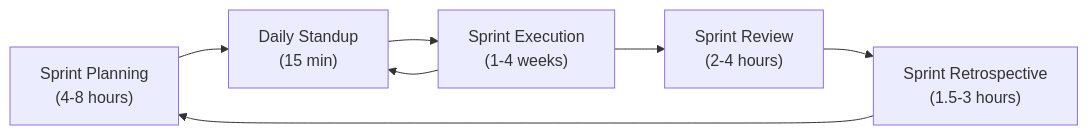
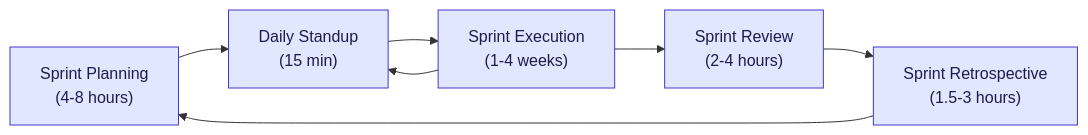
One commit to ghanendra-sdet/manual-testing-playbook changed the first of 10 diagrams in Part_09_Agile_Testing.md. Above: the diagram before and after it, drawn with Mermaid. The commit also changed other lines of this file and 15 other files, not shown here.

Commit message:
Fix broken routes and anchors; update OWASP 2025, ISTQB v4.0, WCAG 2.2, Jira/Zephyr naming and pricing; style diagrams

````diff
--- a/Part_09_Agile_Testing.md
+++ b/Part_09_Agile_Testing.md
@@ -188,9 +188,16 @@
 ```mermaid
 graph LR
     A["Sprint Planning<br/>(4-8 hours)"] --> B["Daily Standup<br/>(15 min)"]
     B --> C["Sprint Execution<br/>(1-4 weeks)"]
     C --> B
     C --> D["Sprint Review<br/>(2-4 hours)"]
     D --> E["Sprint Retrospective<br/>(1.5-3 hours)"]
     E --> A
+
+    classDef start fill:#dbeafe,stroke:#1d4ed8,color:#1e3a8a
+    classDef step fill:#e0e7ff,stroke:#4338ca,color:#1e1b4b
+    classDef decision fill:#fef3c7,stroke:#b45309,color:#78350f
+    classDef good fill:#dcfce7,stroke:#15803d,color:#14532d
+    classDef bad fill:#fee2e2,stroke:#b91c1c,color:#7f1d1d
+    class A,B,C,D,E step
 ```
````
